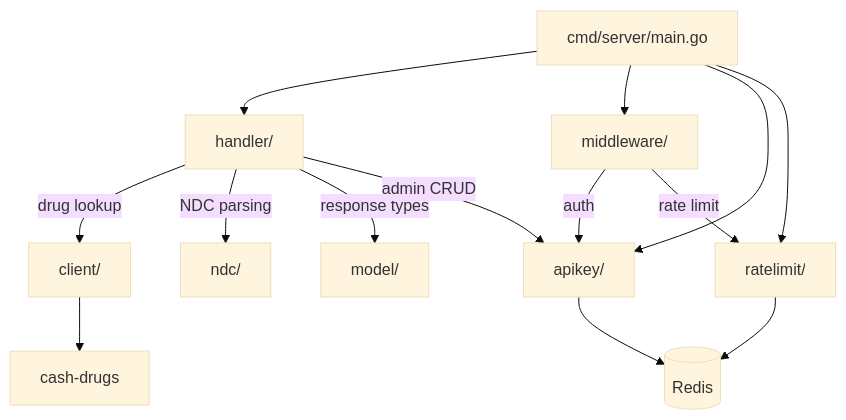
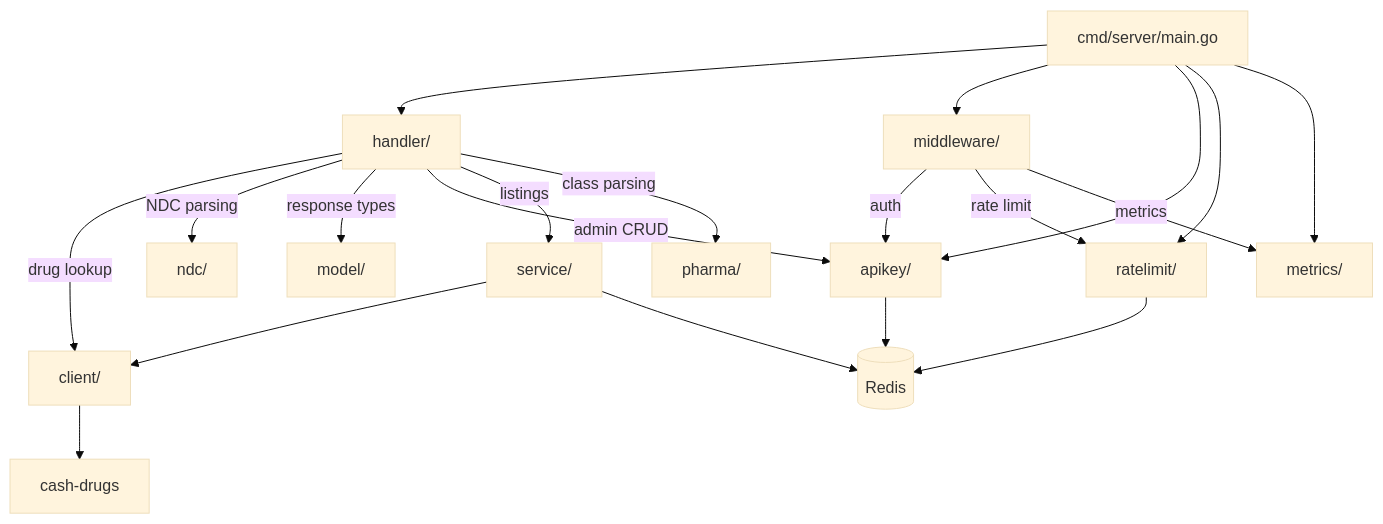
One commit to finish06/drug-gate changed the fourth of 4 diagrams in README.md. Above: the diagram before and after it, drawn with Mermaid (base theme). The commit also changed other lines of this file and 7 other files, not shown here.

````diff
--- a/README.md
+++ b/README.md
@@ -156,19 +168,26 @@
 ```mermaid
 graph TD
     CMD[cmd/server/main.go] --> H[handler/]
     CMD --> MW[middleware/]
     CMD --> AK[apikey/]
     CMD --> RL[ratelimit/]
+    CMD --> MET[metrics/]
 
     H --> |drug lookup| CL[client/]
     H --> |NDC parsing| NDC[ndc/]
     H --> |response types| M[model/]
     H --> |admin CRUD| AK
+    H --> |listings| SVC[service/]
+    H --> |class parsing| PH[pharma/]
+
+    SVC --> CL
+    SVC --> Redis
 
     MW --> |auth| AK
     MW --> |rate limit| RL
+    MW --> |metrics| MET
 
     AK --> Redis[(Redis)]
     RL --> Redis
     CL --> CD[cash-drugs]
 ```
````
